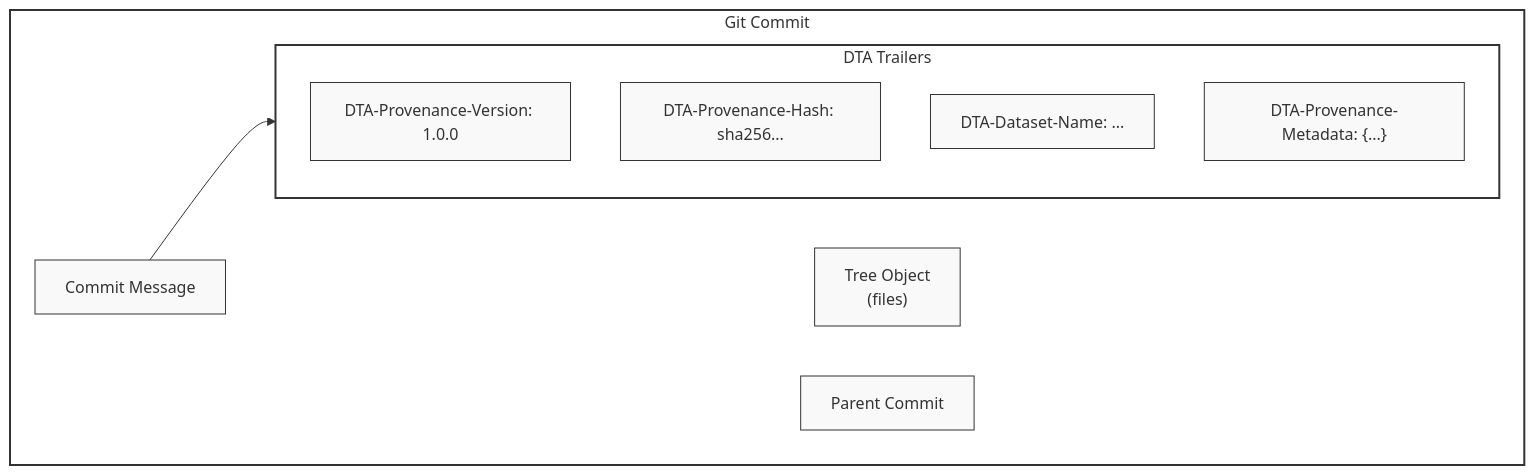
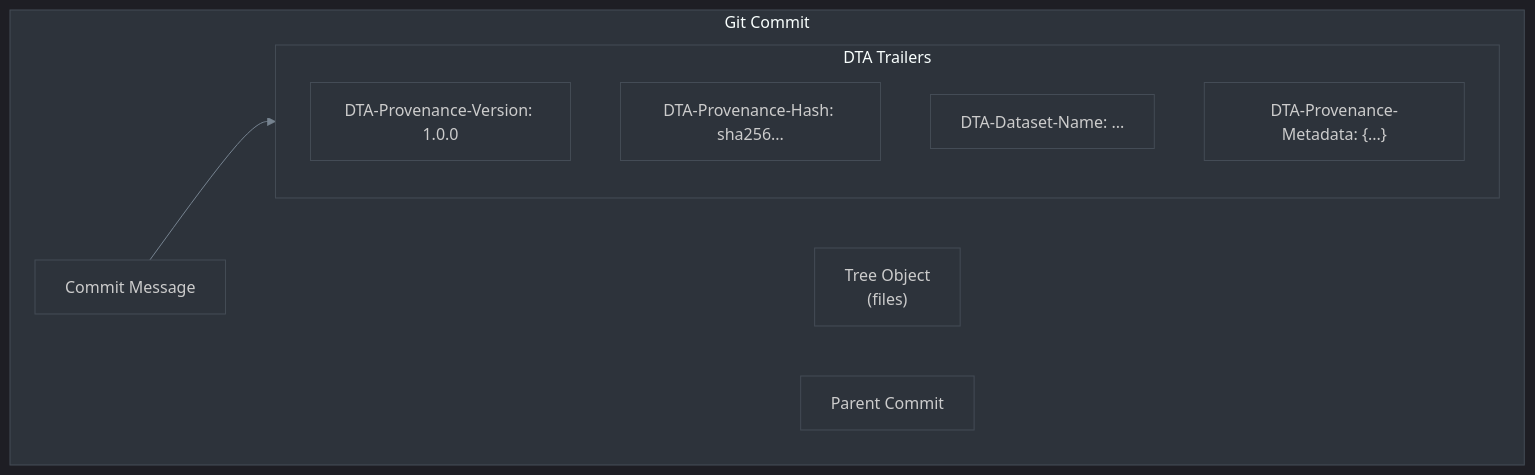
The second of 17 diagrams in docs/ARCHITECTURE.md (Ricoledan/dta-provenance-demo), drawn with Mermaid before and after one commit. The commit also changed other lines of this file and 1 other file, not shown here.

First line of the commit message:
Update Mermaid diagrams to dark theme

````diff
--- a/docs/ARCHITECTURE.md
+++ b/docs/ARCHITECTURE.md
@@ -56,30 +47,22 @@
 ```mermaid
+%%{init: {"theme":"dark","themeVariables":{"darkMode":true,"background":"#0d1117","primaryColor":"#2d333b","primaryTextColor":"#e6edf3","primaryBorderColor":"#444c56","lineColor":"#768390","secondaryColor":"#1c2128","tertiaryColor":"#22272e","clusterBkg":"#2d333b","clusterBorder":"#444c56","nodeTextColor":"#e6edf3","mainBkg":"#2d333b","secondBkg":"#22272e","edgeLabelBackground":"#2d333b","nodeBorder":"#444c56"}}}%%
 graph LR
     subgraph Commit["Git Commit"]
         Message["Commit Message"]
         Trailers["Git Trailers"]
         Tree["Tree Object<br/>(files)"]
         Parent["Parent Commit"]
     end
 
     subgraph Trailers["DTA Trailers"]
         Version["DTA-Provenance-Version: 1.0.0"]
         Hash["DTA-Provenance-Hash: sha256..."]
         Name["DTA-Dataset-Name: ..."]
         JSON["DTA-Provenance-Metadata: {...}"]
     end
 
     Message --> Trailers
     Commit --> Tree
     Commit --> Parent
 
-    style Commit fill:#fff,stroke:#333,stroke-width:2px
-    style Trailers fill:#fff,stroke:#333,stroke-width:2px
-    style Message fill:#f9f9f9,stroke:#333,stroke-width:1px
-    style Tree fill:#f9f9f9,stroke:#333,stroke-width:1px
-    style Parent fill:#f9f9f9,stroke:#333,stroke-width:1px
-    style Version fill:#f9f9f9,stroke:#333,stroke-width:1px
-    style Hash fill:#f9f9f9,stroke:#333,stroke-width:1px
-    style Name fill:#f9f9f9,stroke:#333,stroke-width:1px
-    style JSON fill:#f9f9f9,stroke:#333,stroke-width:1px
 ```
````
